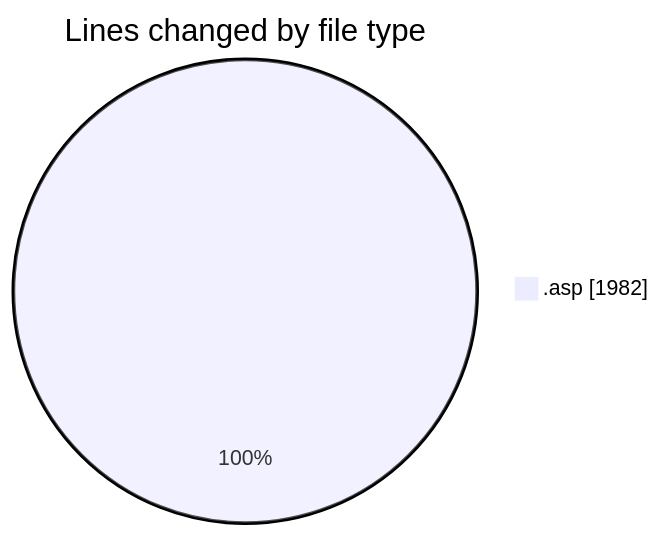
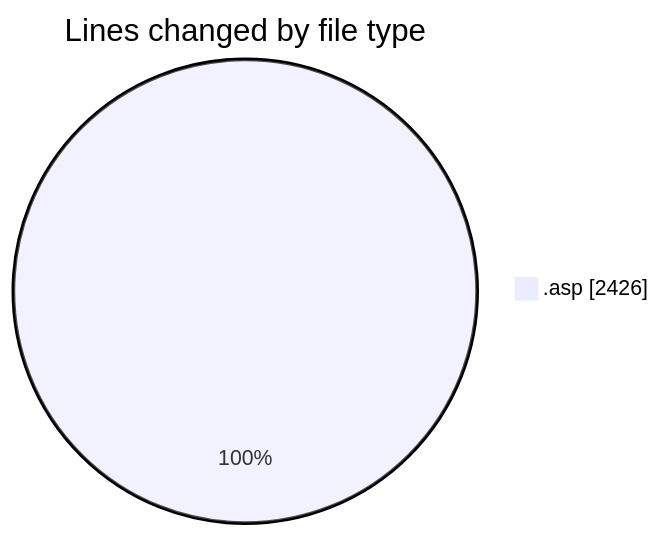
Before and after one commit to julien-gomy/code-tracking: the first of 2 diagrams in 2025-10-24/usr_aleoudev_fr__workspace_/README.md, drawn with Mermaid. The commit also changed other lines of this file and 1 other file, not shown here.

````diff
--- a/2025-10-24/usr_aleoudev_fr__workspace_/README.md
+++ b/2025-10-24/usr_aleoudev_fr__workspace_/README.md
@@ -20,5 +21,5 @@
 ```mermaid
 pie showData
 title Lines changed by file type
-".asp" : 1982
+".asp" : 2426
 ```
````
